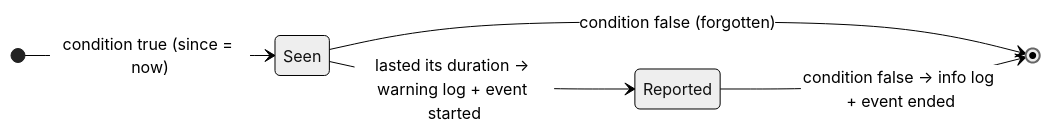
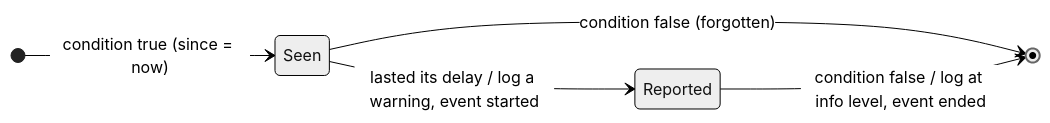
One commit to marsoupilami25/adaptative-climate changed diagram 13 of 13 in SPEC.md. Above: the diagram before and after it, drawn with Mermaid (neutral theme). The commit also changed other lines of this file, not shown here.

````diff
--- a/SPEC.md
+++ b/SPEC.md
@@ -1788,10 +1853,10 @@
 ```mermaid
 stateDiagram-v2
     direction LR
     state "Seen" as S
     state "Reported" as R
     [*] --> S : condition true (since = now)
     S --> [*] : condition false (forgotten)
-    S --> R : lasted its duration → warning log + event started
-    R --> [*] : condition false → info log + event ended
+    S --> R : lasted its delay / log a warning, event started
+    R --> [*] : condition false / log at info level, event ended
 ```
````
